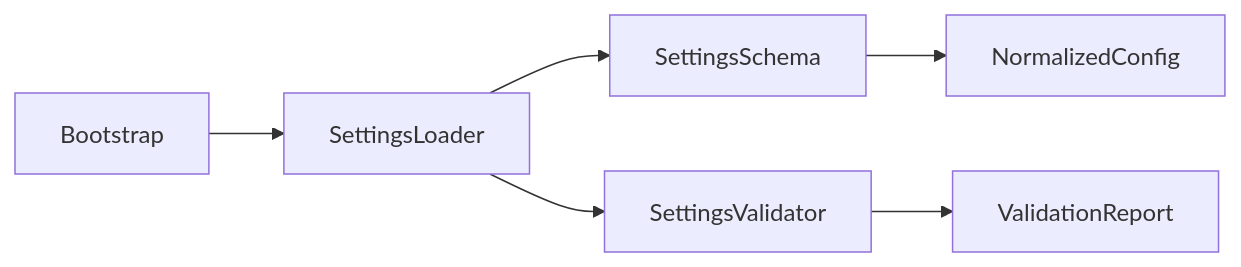
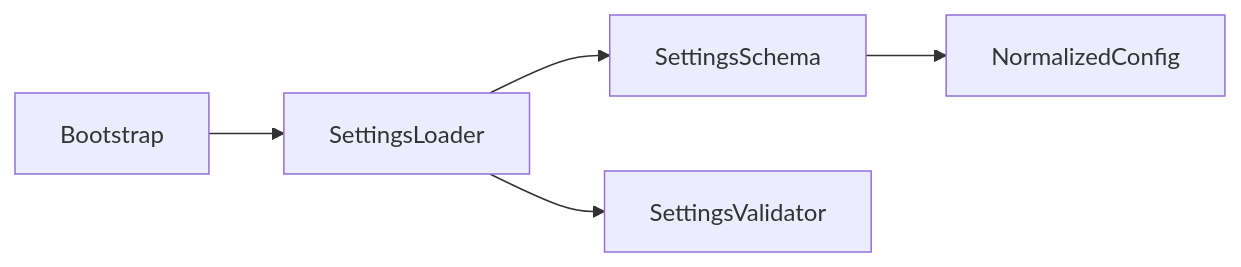
The second of 3 diagrams in skills/spec-loop-assess-pull-request/examples/example-review-settings-loader.md (dpolivaev/spec-loop), drawn with Mermaid before and after one commit. The commit also changed other lines of this file and 2 other files, not shown here.

````diff
--- a/skills/spec-loop-assess-pull-request/examples/example-review-settings-loader.md
+++ b/skills/spec-loop-assess-pull-request/examples/example-review-settings-loader.md
@@ -190,8 +158,7 @@
   ```mermaid
   flowchart LR
       Bootstrap --> SettingsLoader
       SettingsLoader --> SettingsSchema
       SettingsLoader --> SettingsValidator
       SettingsSchema --> NormalizedConfig
-      SettingsValidator --> ValidationReport
   ```
````
